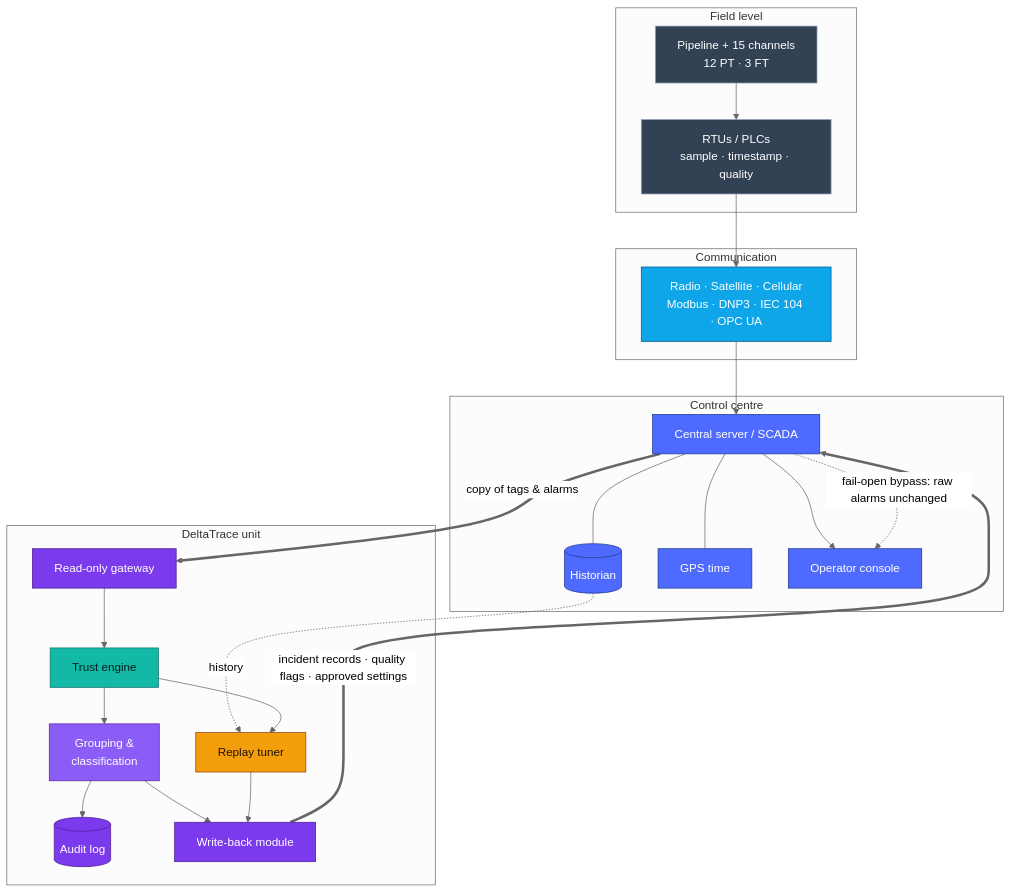
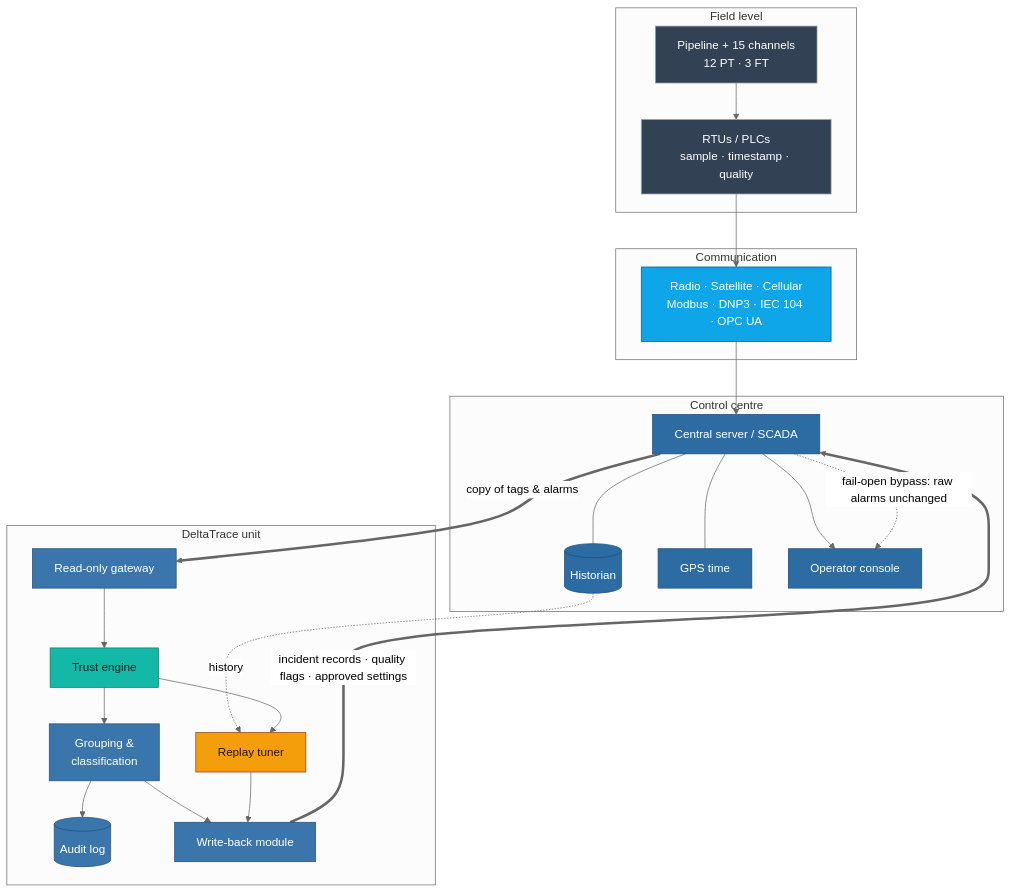
One commit to kiruthikpurpose/DeltaTrace changed the third of 8 diagrams in README.md. Above: the diagram before and after it, drawn with Mermaid (neutral theme). The commit also changed other lines of this file and 29 other files, not shown here.

First line of the commit message:
Redesign: neutral SCADA palette, diagram fixes, responsive layout, PDF reports

````diff
--- a/README.md
+++ b/README.md
@@ -65,43 +65,43 @@
 ```mermaid
 flowchart TB
   subgraph FIELD[" Field level"]
     P[Pipeline + 15 channels<br/>12 PT · 3 FT]:::field --> RTU[RTUs / PLCs<br/>sample · timestamp · quality]:::field
   end
   subgraph COMM[" Communication"]
     C[Radio · Satellite · Cellular<br/>Modbus · DNP3 · IEC 104 · OPC UA]:::comm
   end
   subgraph CC[" Control centre"]
     S[Central server / SCADA]:::cc
     H[(Historian)]:::cc
     GPS[GPS time]:::cc
     OC[Operator console]:::cc
   end
   subgraph DT[" DeltaTrace unit"]
     GW[ Read-only gateway]:::dt
     TR[Trust engine]:::trust
     GR[Grouping &<br/>classification]:::group
     TU[Replay tuner]:::tune
     AU[(Audit log)]:::dt
     WB[Write-back module]:::dt
   end
   RTU --> C --> S
   S --- H
   S --- GPS
   S --> OC
   S ==>|copy of tags & alarms| GW
   GW --> TR --> GR
   H -.history.-> TU
   TR --> TU
   GR --> AU
   GR --> WB
   TU --> WB
   WB ==>|incident records · quality flags · approved settings| S
   S -. " fail-open bypass: raw alarms unchanged" .-> OC
   classDef field fill:#334155,stroke:#94a3b8,color:#fff
   classDef comm fill:#0ea5e9,stroke:#075985,color:#fff
-  classDef cc fill:#4f6bff,stroke:#1e3a8a,color:#fff
-  classDef dt fill:#7c3aed,stroke:#4c1d95,color:#fff
+  classDef cc fill:#2c6ca3,stroke:#1f4f7a,color:#fff
+  classDef dt fill:#3a76ab,stroke:#24517a,color:#fff
   classDef trust fill:#14b8a6,stroke:#0f766e,color:#03201d
-  classDef group fill:#8b5cf6,stroke:#5b21b6,color:#fff
+  classDef group fill:#3a76ab,stroke:#24517a,color:#fff
   classDef tune fill:#f59e0b,stroke:#92400e,color:#1f1300
 ```
````
